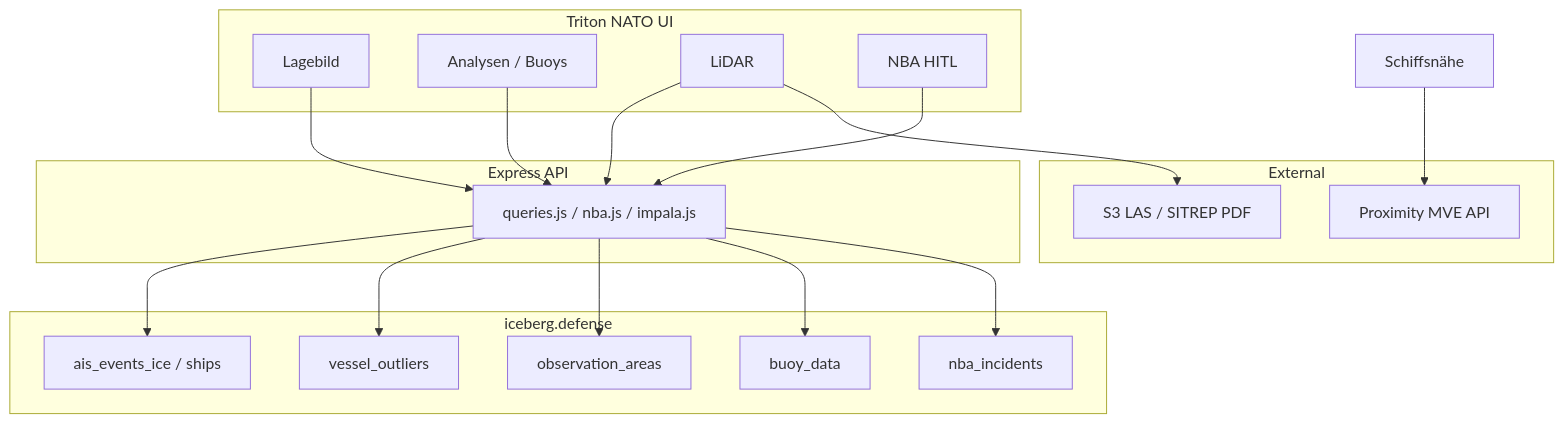
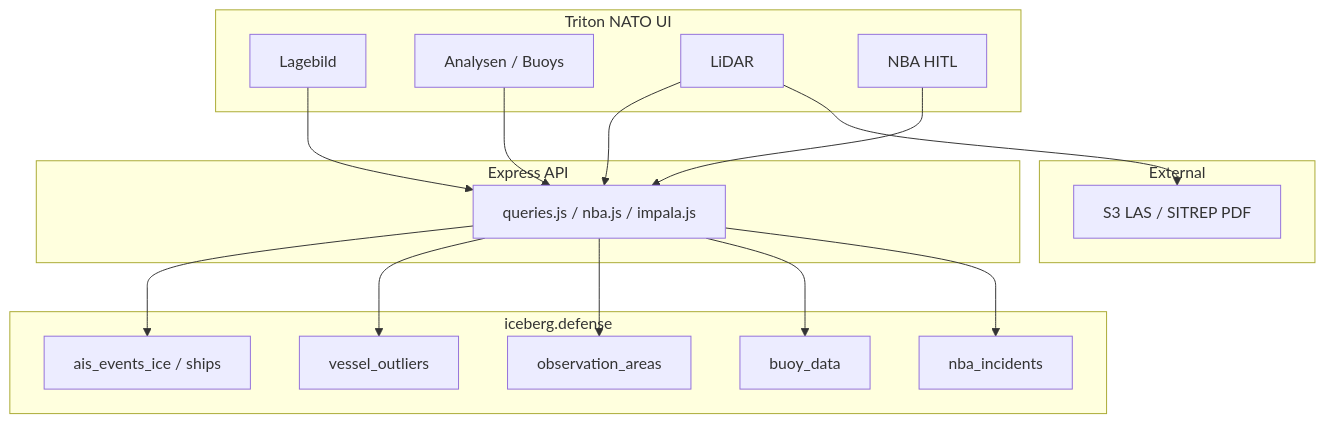
One commit to frothkoetter/triton-baltic-sea-observer changed the diagram in triton-ui/docs/UI_OVERVIEW.md. Above: the diagram before and after it, drawn with Mermaid. The commit also changed other lines of this file and 2 other files, not shown here.

Commit message:
feat(ui): remove Schiffsnähe tab and #proximity route
Legacy #proximity hash redirects to Lagebild. API /api/proximity-alerts unchanged.

````diff
--- a/triton-ui/docs/UI_OVERVIEW.md
+++ b/triton-ui/docs/UI_OVERVIEW.md
@@ -128,34 +127,32 @@
 ```mermaid
 flowchart TB
   subgraph ui [Triton NATO UI]
     LB[Lagebild]
     AN[Analysen / Buoys]
     LD[LiDAR]
     NBA[NBA HITL]
   end
   subgraph api [Express API]
     Q[queries.js / nba.js / impala.js]
   end
   subgraph wh [iceberg.defense]
     AIS[ais_events_ice / ships]
     VO[vessel_outliers]
     OA[observation_areas]
     BU[buoy_data]
     NI[nba_incidents]
   end
   subgraph ext [External]
     S3[S3 LAS / SITREP PDF]
-    MVE[Proximity MVE API]
   end
   LB --> Q
   AN --> Q
   LD --> Q
   NBA --> Q
   Q --> AIS
   Q --> VO
   Q --> OA
   Q --> BU
   Q --> NI
   LD --> S3
-  Proximity[Schiffsnähe] --> MVE
 ```
````
